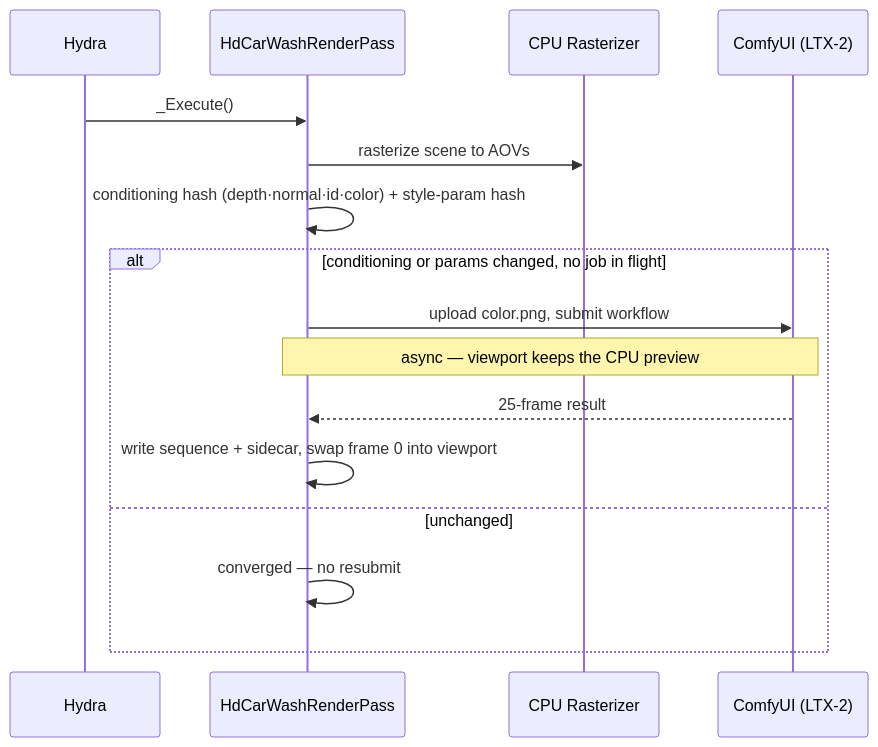
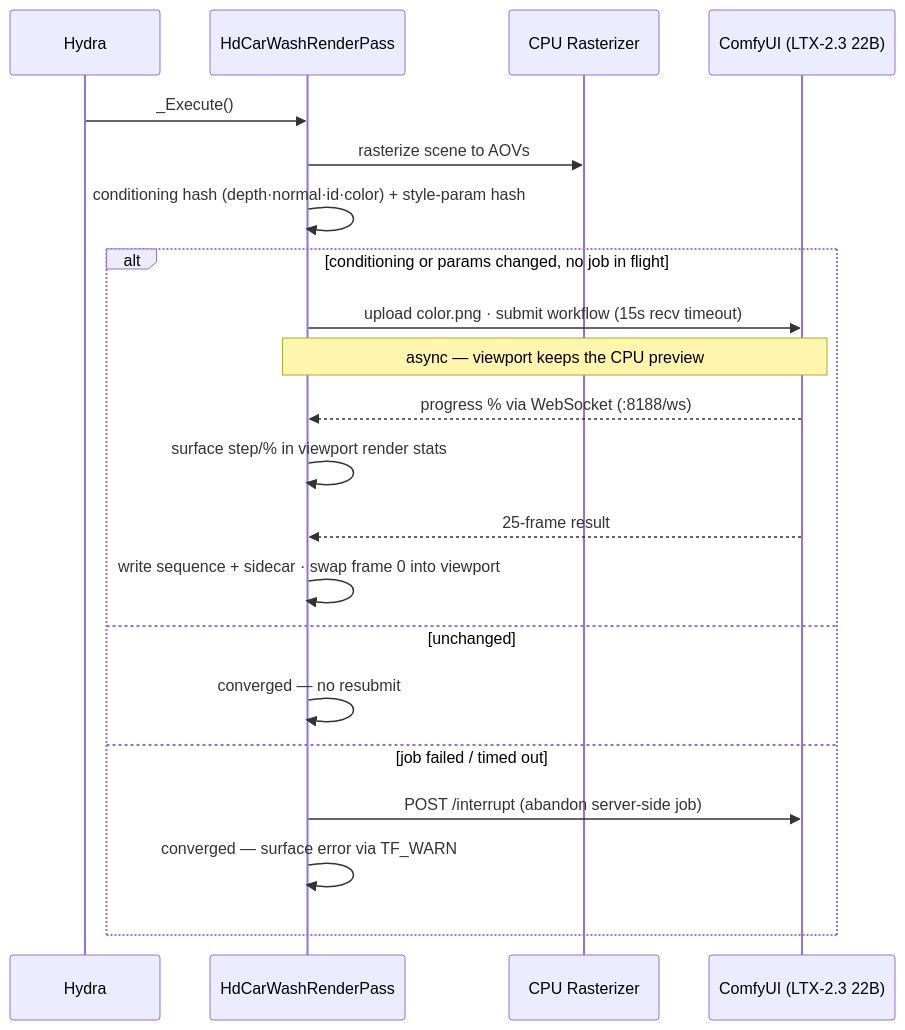
Before and after one commit to JosephOIbrahim/CarWash: the second of 3 diagrams in README.md, drawn with Mermaid. The commit also changed other lines of this file and 1 other file, not shown here.

First line of the commit message:
docs: update README + download_models for LTX-2.3 22B (v0.2)

````diff
--- a/README.md
+++ b/README.md
@@ -30,18 +30,23 @@
 ```mermaid
 sequenceDiagram
     participant Hydra
     participant Pass as HdCarWashRenderPass
     participant Raster as CPU Rasterizer
-    participant Comfy as ComfyUI (LTX-2)
+    participant Comfy as ComfyUI (LTX-2.3 22B)
     Hydra->>Pass: _Execute()
     Pass->>Raster: rasterize scene to AOVs
     Pass->>Pass: conditioning hash (depth·normal·id·color) + style-param hash
     alt conditioning or params changed, no job in flight
-        Pass->>Comfy: upload color.png, submit workflow
+        Pass->>Comfy: upload color.png · submit workflow (15s recv timeout)
         Note over Pass,Comfy: async — viewport keeps the CPU preview
+        Comfy-->>Pass: progress % via WebSocket (:8188/ws)
+        Pass->>Pass: surface step/% in viewport render stats
         Comfy-->>Pass: 25-frame result
-        Pass->>Pass: write sequence + sidecar, swap frame 0 into viewport
+        Pass->>Pass: write sequence + sidecar · swap frame 0 into viewport
     else unchanged
         Pass->>Pass: converged — no resubmit
+    else job failed / timed out
+        Pass->>Comfy: POST /interrupt (abandon server-side job)
+        Pass->>Pass: converged — surface error via TF_WARN
     end
 ```
````
